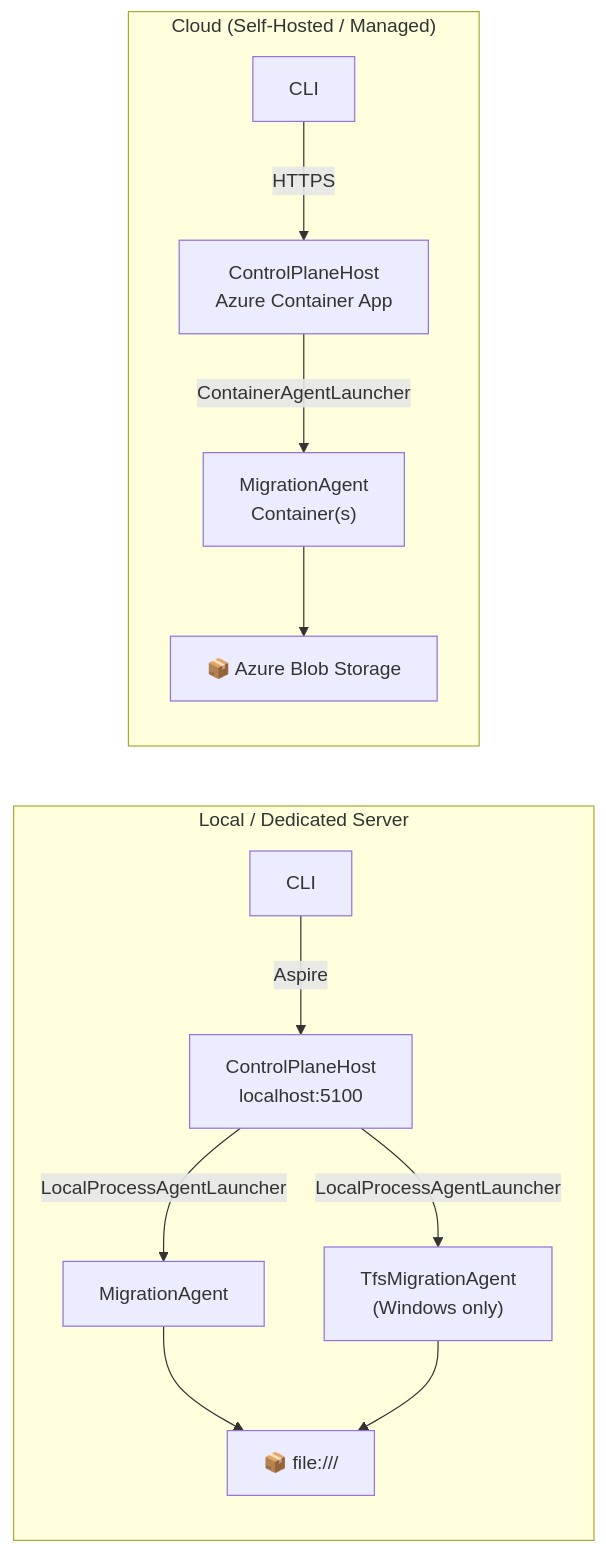
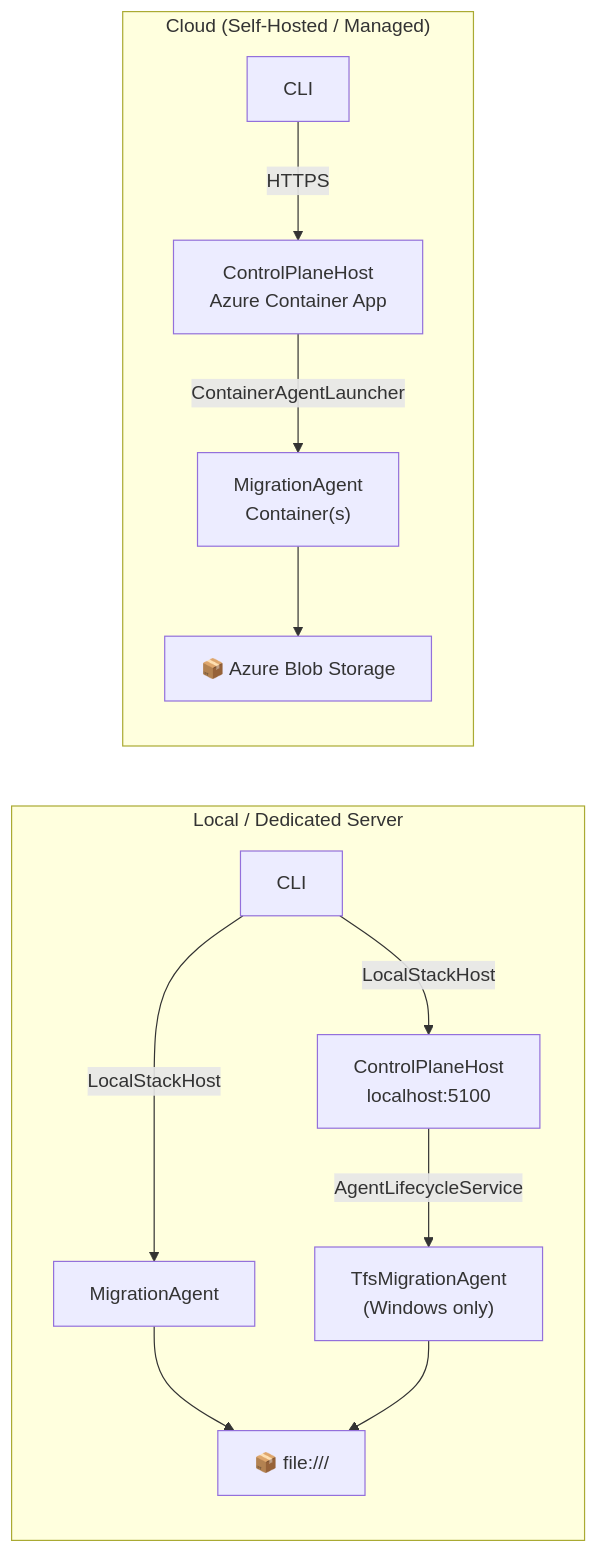
Before and after one commit to nkdAgility/azure-devops-migration-platform: the third of 3 diagrams in docs/architecture.md, drawn with Mermaid. The commit also changed other lines of this file and 4 other files, not shown here.

Commit message:
feat(032): enhance documentation with mermaid diagrams — add flowcharts for migration process, module architecture, and observability

````diff
--- a/docs/architecture.md
+++ b/docs/architecture.md
@@ -285,17 +285,17 @@
 ```mermaid
 flowchart LR
     subgraph Local["Local / Dedicated Server"]
         direction TB
-        LCLI["CLI"] -->|Aspire| LCP["ControlPlaneHost\nlocalhost:5100"]
-        LCP -->|LocalProcessAgentLauncher| LAgent["MigrationAgent"]
-        LCP -->|LocalProcessAgentLauncher| LTFSAgent["TfsMigrationAgent\n(Windows only)"]
+        LCLI["CLI"] -->|LocalStackHost| LCP["ControlPlaneHost\nlocalhost:5100"]
+        LCP -->|AgentLifecycleService| LTFSAgent["TfsMigrationAgent\n(Windows only)"]
+        LCLI -->|LocalStackHost| LAgent["MigrationAgent"]
         LAgent --> LPkg["📦 file:///"]
         LTFSAgent --> LPkg
     end
     subgraph Cloud["Cloud (Self-Hosted / Managed)"]
         direction TB
         CCLI["CLI"] -->|HTTPS| CCP["ControlPlaneHost\nAzure Container App"]
         CCP -->|ContainerAgentLauncher| CAgent["MigrationAgent\nContainer(s)"]
         CAgent --> CPkg["📦 Azure Blob Storage"]
     end
 ```
````
